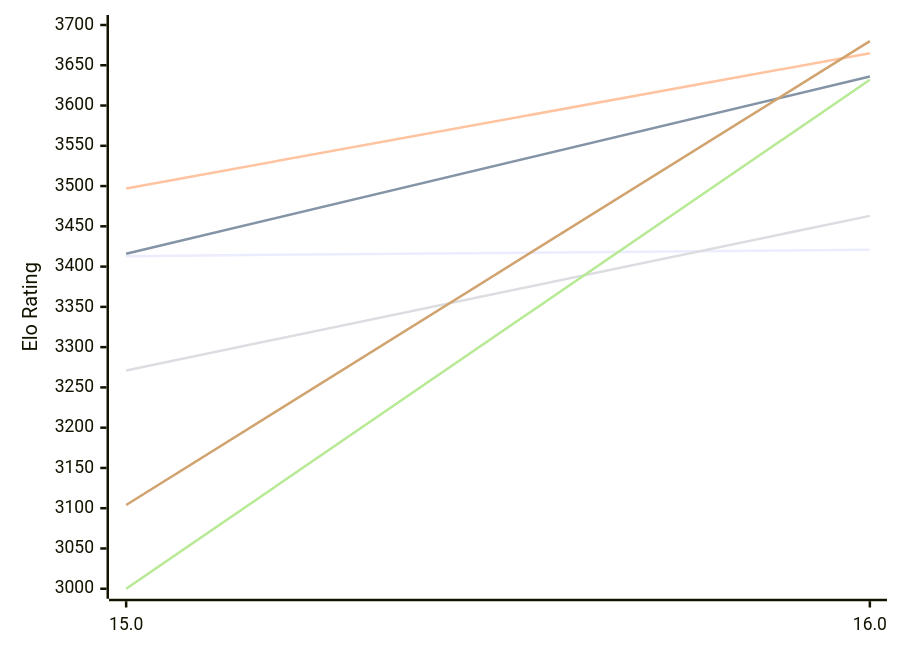
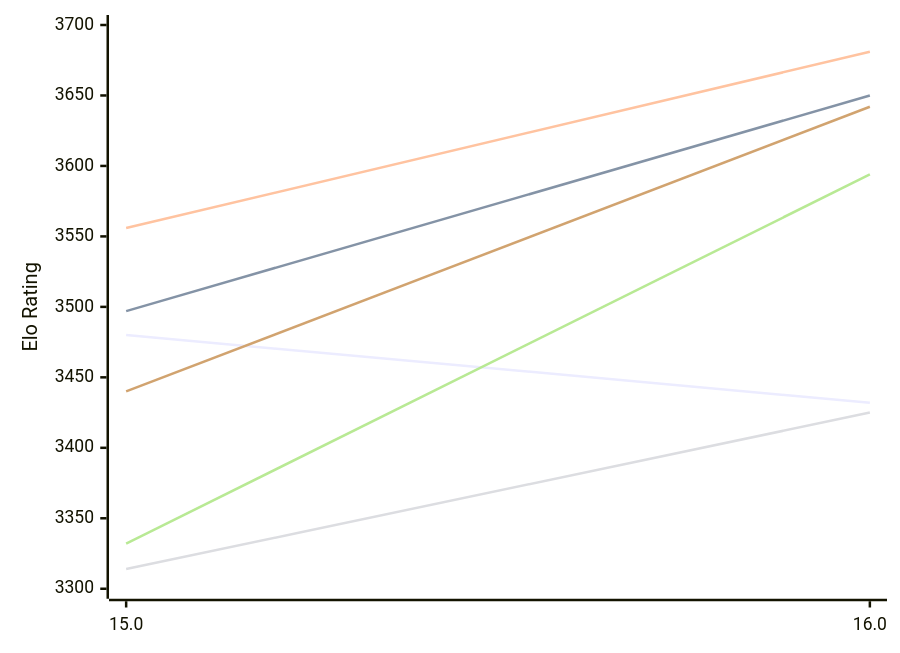
Before and after one commit to computer-chess-index/cci: the first of 2 diagrams in engines/Obsidian.md, drawn with Mermaid. The commit also changed other lines of this file, not shown here.

Commit message:
Update CCI Ratings (ELO VLTC) - 2026-11-14

````diff
--- a/engines/Obsidian.md
+++ b/engines/Obsidian.md
@@ -52,12 +52,12 @@
 ```mermaid
 %%{init: {"theme":"base","themeVariables":{"seriesColors:['#a3a3a3','#222221','#faa371']}}}%%
 xychart-beta
   x-axis ["15.0", "16.0"]
-  y-axis "Elo Rating" 3000 --> 3700
-  line "E1: STC (8.0+0.08s)" [3413, 3421]
-  line "E1: LTC (60.0+0.60s)" [3416, 3636]
-  line "E1: VLTC (2m24s+1.12s)" [3497, 3665]
-  line "P1: STC (8.0+0.08s)" [3271, 3463]
-  line "P1: LTC (60.0+0.60s)" [3000, 3632]
-  line "P1: VLTC (2m24s+1.12s)" [3104, 3680]
+  y-axis "Elo Rating" 3300 --> 3700
+  line "E1: STC (8.0+0.08s)" [3480, 3432]
+  line "E1: LTC (60.0+0.60s)" [3497, 3650]
+  line "E1: VLTC (2m24s+1.12s)" [3556, 3681]
+  line "P1: STC (8.0+0.08s)" [3314, 3425]
+  line "P1: LTC (60.0+0.60s)" [3332, 3594]
+  line "P1: VLTC (2m24s+1.12s)" [3440, 3642]
 ```
````
